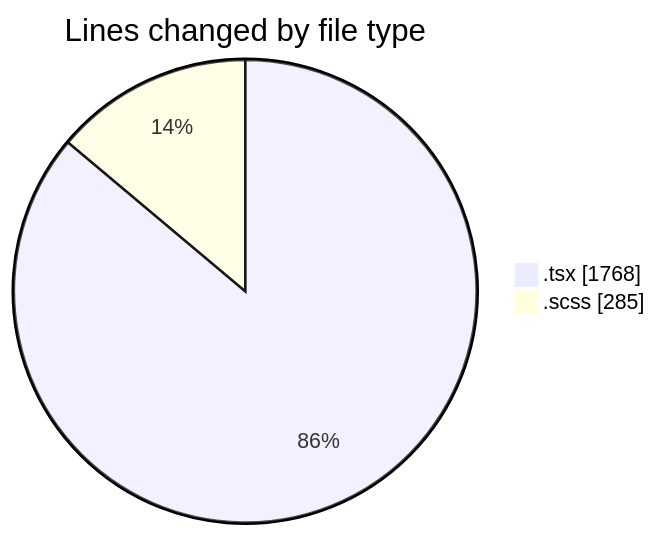
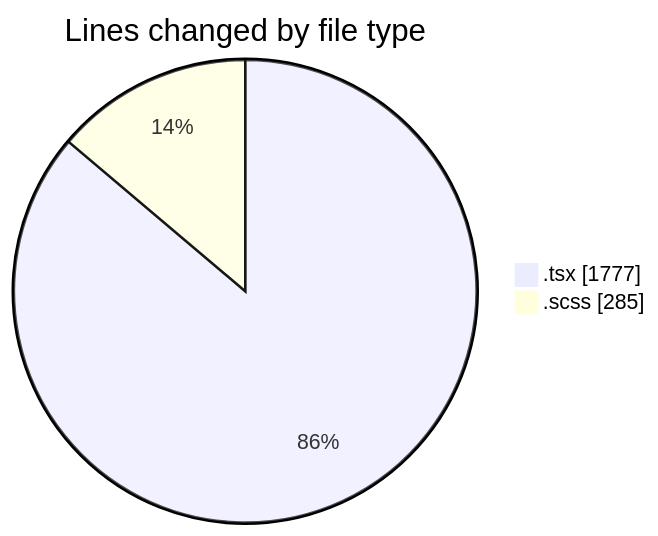
The first of 2 diagrams in 2026-02-25/cda/README.md (momahboobian/code-tracking), drawn with Mermaid before and after one commit. The commit also changed other lines of this file and 1 other file, not shown here.

````diff
--- a/2026-02-25/cda/README.md
+++ b/2026-02-25/cda/README.md
@@ -22,6 +22,6 @@
 ```mermaid
 pie showData
 title Lines changed by file type
-".tsx" : 1768
+".tsx" : 1777
 ".scss" : 285
 ```
````
